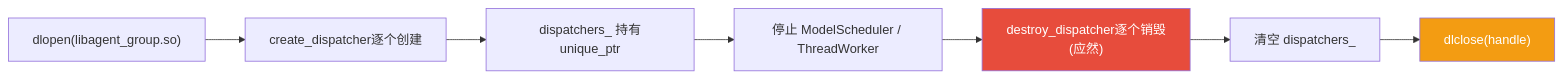
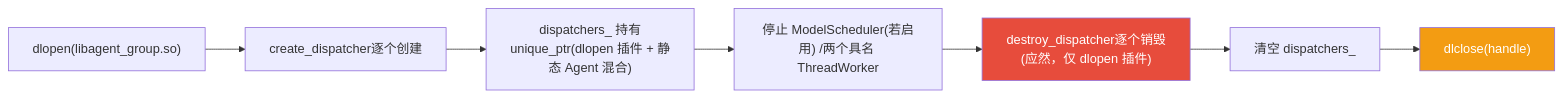
Before and after one commit to ranpin/edge-ai-docs: the seventh of 11 diagrams in cockpit/projects/agent-framework/agent-protocols.md, drawn with Mermaid. The commit also changed other lines of this file and 1 other file, not shown here.

First line of the commit message:
docs(agent-core+protocols): 第二轮专家修订 — 5 处与代码相反修正 + ModelScheduler 配置表

````diff
--- a/cockpit/projects/agent-framework/agent-protocols.md
+++ b/cockpit/projects/agent-framework/agent-protocols.md
@@ -308,12 +316,12 @@
 ```mermaid
 flowchart LR
     LOAD["dlopen(libagent_group.so)"] --> CREATE["create_dispatcher逐个创建"]
-    CREATE --> RUN["dispatchers_ 持有unique_ptr<AgentPlugin>"]
-    RUN --> STOP["停止 ModelScheduler / ThreadWorker"]
-    STOP --> DESTROY["destroy_dispatcher逐个销毁(应然)"]
+    CREATE --> RUN["dispatchers_ 持有unique_ptr<AgentPlugin>(dlopen 插件 + 静态 Agent 混合)"]
+    RUN --> STOP["停止 ModelScheduler(若启用) /两个具名 ThreadWorker"]
+    STOP --> DESTROY["destroy_dispatcher逐个销毁(应然，仅 dlopen 插件)"]
     DESTROY --> CLEAR["清空 dispatchers_"]
     CLEAR --> DLCLOSE["dlclose(handle)"]
 
     style DESTROY fill:#e74c3c,color:#fff
     style DLCLOSE fill:#f39c12,color:#fff
 ```
````
